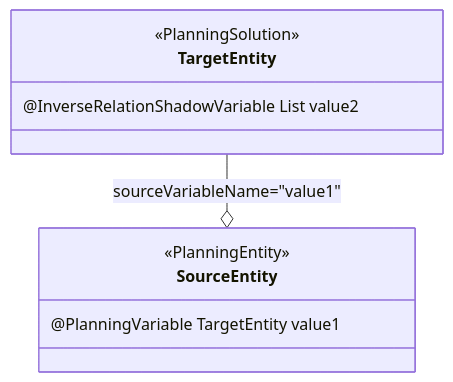
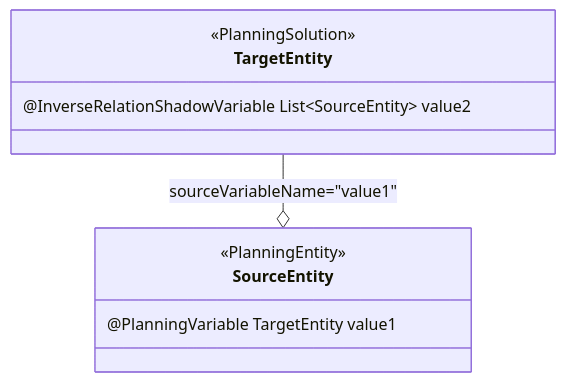
One commit to gazer2kanlin/my-study changed the second of 6 diagrams in opta_study.md. Above: the diagram before and after it, drawn with Mermaid. The commit also changed other lines of this file, not shown here.

````diff
--- a/opta_study.md
+++ b/opta_study.md
@@ -43,10 +43,10 @@
 ```mermaid
 classDiagram
 TargetEntity --o SourceEntity : sourceVariableName="value1"
 
 <<PlanningEntity>> SourceEntity
 <<PlanningSolution>> TargetEntity
 
 SourceEntity : @PlanningVariable TargetEntity value1
-TargetEntity : @InverseRelationShadowVariable List value2
+TargetEntity : @InverseRelationShadowVariable List~SourceEntity~ value2
 ```
````
